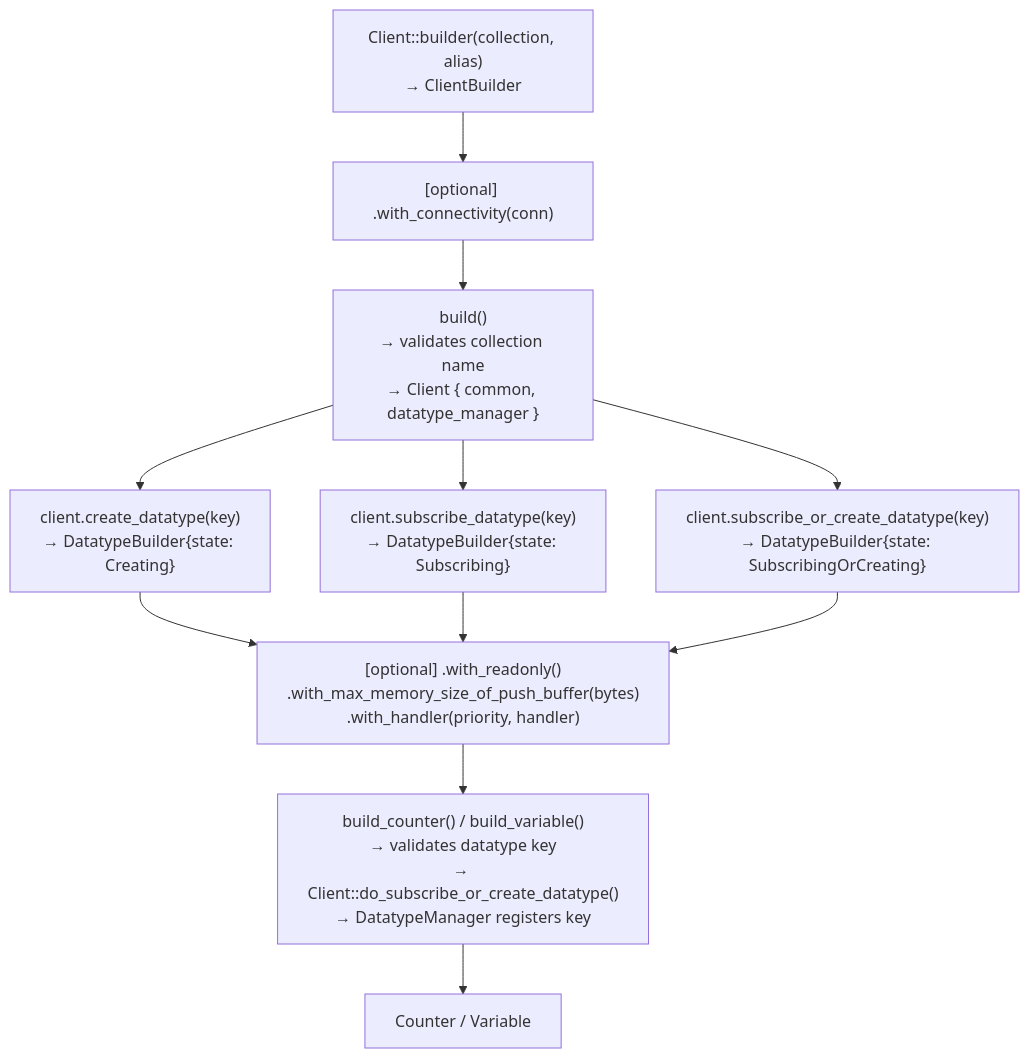
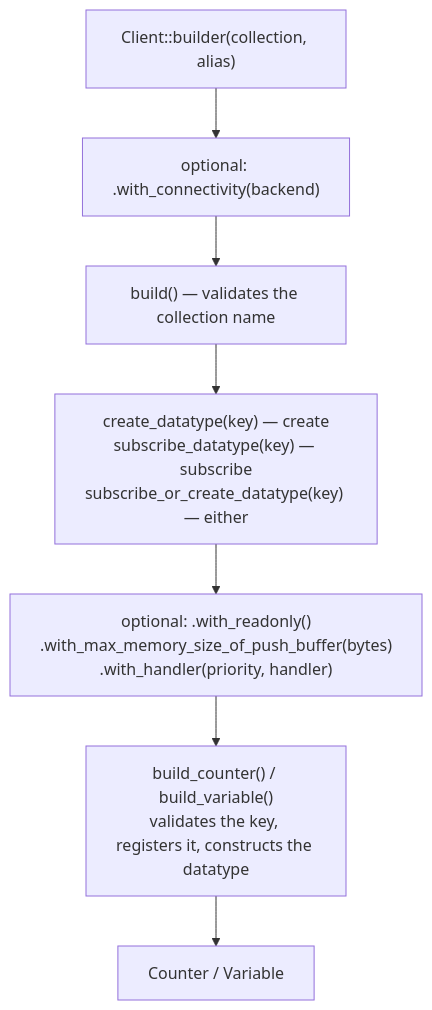
One commit to qortoo/qortoo-rs changed the diagram in docs/client-and-datatype-builder.md. Above: the diagram before and after it, drawn with Mermaid. The commit also changed other lines of this file and 14 other files, not shown here.

````diff
--- a/docs/client-and-datatype-builder.md
+++ b/docs/client-and-datatype-builder.md
@@ -7,18 +23,12 @@
 ```mermaid
 flowchart TD
-    CB["Client::builder(collection, alias)\n→ ClientBuilder"]
-    WC["[optional] .with_connectivity(conn)"]
-    B["build()\n→ validates collection name\n→ Client { common, datatype_manager }"]
-    CD["client.create_datatype(key)\n→ DatatypeBuilder{state: Creating}"]
-    SD["client.subscribe_datatype(key)\n→ DatatypeBuilder{state: Subscribing}"]
-    SC["client.subscribe_or_create_datatype(key)\n→ DatatypeBuilder{state: SubscribingOrCreating}"]
-    OPT["[optional] .with_readonly()\n.with_max_memory_size_of_push_buffer(bytes)\n.with_handler(priority, handler)"]
-    BC["build_counter() / build_variable()\n→ validates datatype key\n→ Client::do_subscribe_or_create_datatype()\n→ DatatypeManager registers key"]
-    C["Counter / Variable"]
+    CB["Client::builder(collection, alias)"]
+    WC["optional: .with_connectivity(backend)"]
+    B["build() — validates the collection name"]
+    INTENT["create_datatype(key) — create<br/>subscribe_datatype(key) — subscribe<br/>subscribe_or_create_datatype(key) — either"]
+    OPT["optional: .with_readonly()<br/>.with_max_memory_size_of_push_buffer(bytes)<br/>.with_handler(priority, handler)"]
+    TERM["build_counter() / build_variable()<br/>validates the key, registers it, constructs the datatype"]
+    DT["Counter / Variable"]
 
-    CB --> WC --> B
-    B --> CD --> OPT
-    B --> SD --> OPT
-    B --> SC --> OPT
-    OPT --> BC --> C
+    CB --> WC --> B --> INTENT --> OPT --> TERM --> DT
 ```
````
